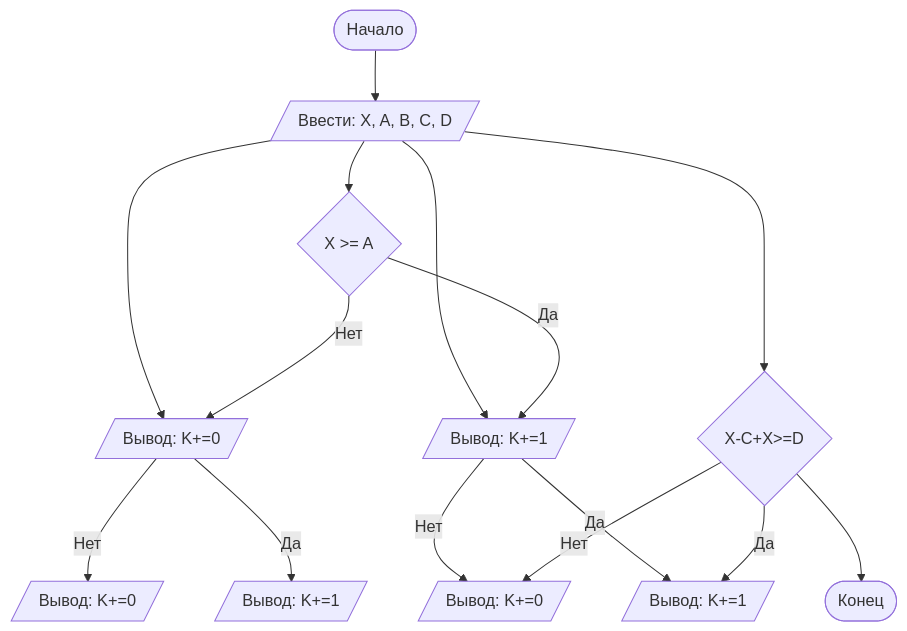
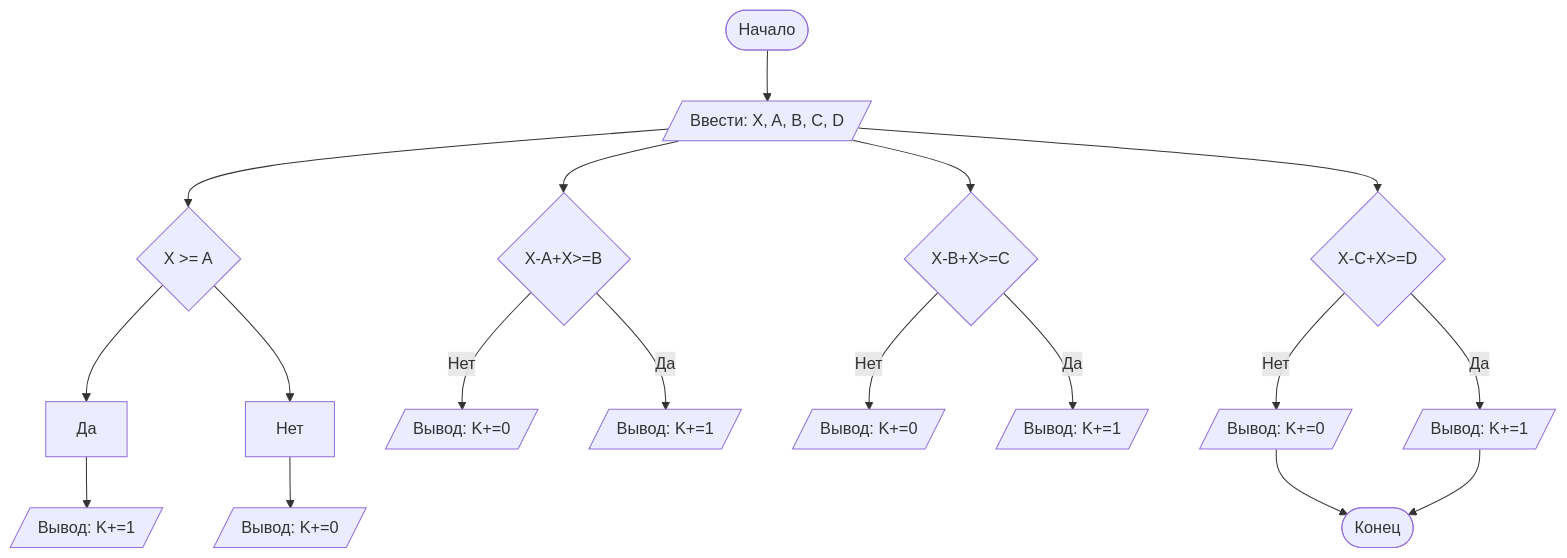
The diagram in Example.md (artemiysakh/Lab1), drawn with Mermaid before and after one commit.

Commit message:
Example.md

````diff
--- a/Example.md
+++ b/Example.md
@@ -99,18 +99,19 @@
 ```mermaid
 graph TD
-    A([Начало]) --> B[/Ввести: X, A, B, C, D/]
-    B --> C{X >= A}
-    B --> D{X-A+X>=B}
-    B --> I{X-B+X>=C}
-    B --> P{X-C+X>=D}
-    C -- Нет --> D[/Вывод: K+=0/]
-    D -- Нет --> E[/Вывод: K+=0/]
-    D -- Да --> H[/Вывод: K+=1/]
-    C -- Да --> I[/Вывод: K+=1/]
-    I -- Нет --> J[/Вывод: K+=0/]
-    I -- Да --> K[/Вывод: K+=1/]
-    P -- Нет --> J[/Вывод: K+=0/]
-    P -- Да --> K[/Вывод: K+=1/]
-    P --> Z([Конец])
+   A([Начало]) --> B[/Ввести: X, A, B, C, D/]
+   B --> C{X >= A}
+   B --> D{X-A+X>=B}
+   B --> E{X-B+X>=C}
+   B --> F{X-C+X>=D}
+   C --> Да --> G[/Вывод: K+=1/]
+   C --> Нет --> H[/Вывод: K+=0/]
+   D -- Нет --> I[/Вывод: K+=0/]
+   D -- Да --> J[/Вывод: K+=1/]
+   E -- Нет --> K[/Вывод: K+=0/]
+   E -- Да --> L[/Вывод: K+=1/]
+   F -- Нет --> M[/Вывод: K+=0/]
+   F -- Да --> N[/Вывод: K+=1/]
+   M --> Z([Конец])
+   N --> Z([Конец])
 
 ```
````
